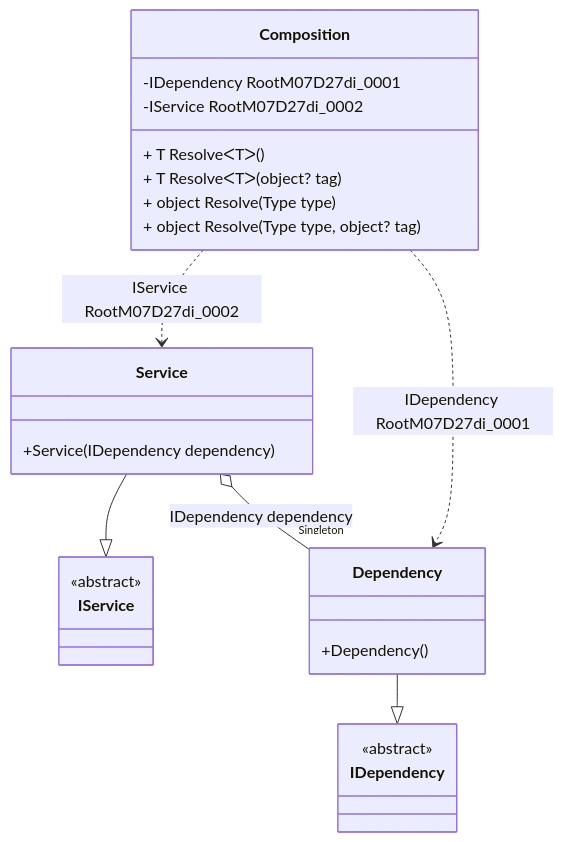
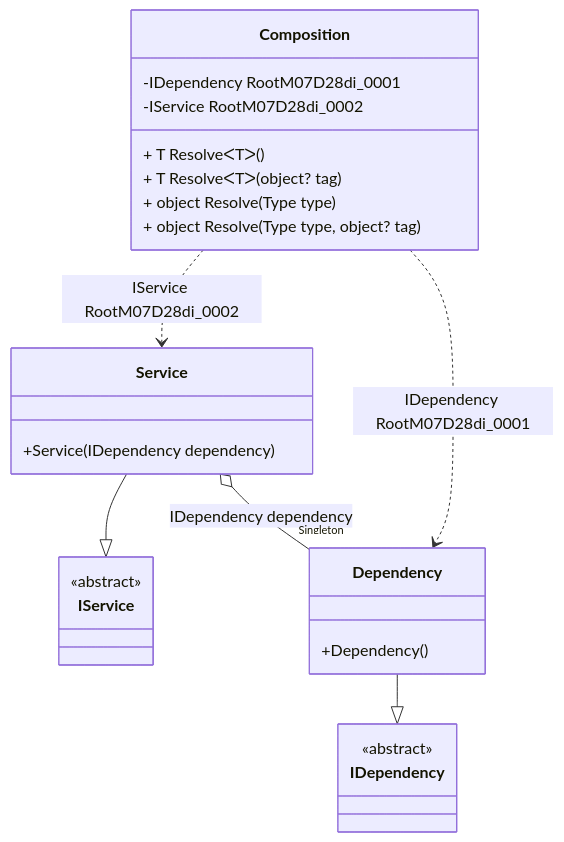
The diagram in readme/service-collection.md (DevTeam/Pure.DI), drawn with Mermaid before and after one commit. The commit also changed other lines of this file and 51 other files, not shown here.

````diff
--- a/readme/service-collection.md
+++ b/readme/service-collection.md
@@ -75,28 +75,28 @@
 ```mermaid
 classDiagram
   class Composition {
-    -IDependency RootM07D27di_0001
-    -IService RootM07D27di_0002
+    -IDependency RootM07D28di_0001
+    -IService RootM07D28di_0002
     + T ResolveᐸTᐳ()
     + T ResolveᐸTᐳ(object? tag)
     + object Resolve(Type type)
     + object Resolve(Type type, object? tag)
   }
   Service --|> IService : 
   class Service {
     +Service(IDependency dependency)
   }
   Dependency --|> IDependency : 
   class Dependency {
     +Dependency()
   }
   class IService {
     <<abstract>>
   }
   class IDependency {
     <<abstract>>
   }
   Service o--  "Singleton" Dependency : IDependency dependency
-  Composition ..> Dependency : IDependency RootM07D27di_0001
-  Composition ..> Service : IService RootM07D27di_0002
+  Composition ..> Dependency : IDependency RootM07D28di_0001
+  Composition ..> Service : IService RootM07D28di_0002
 ```
````
